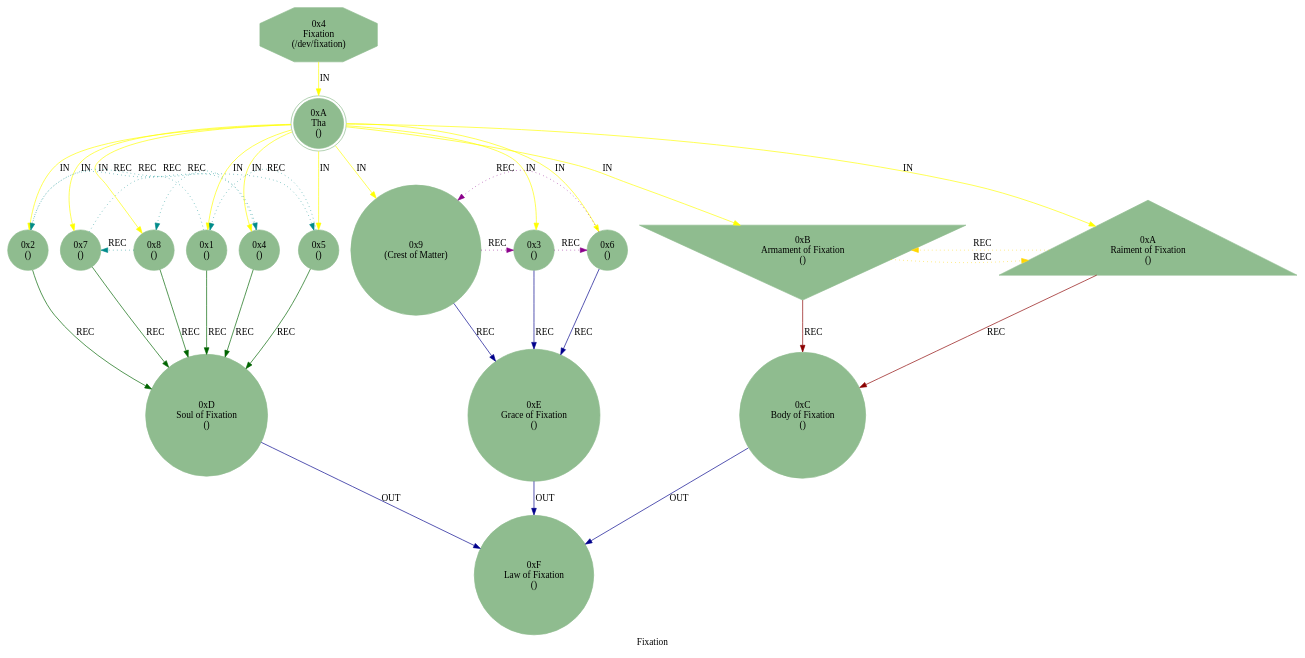
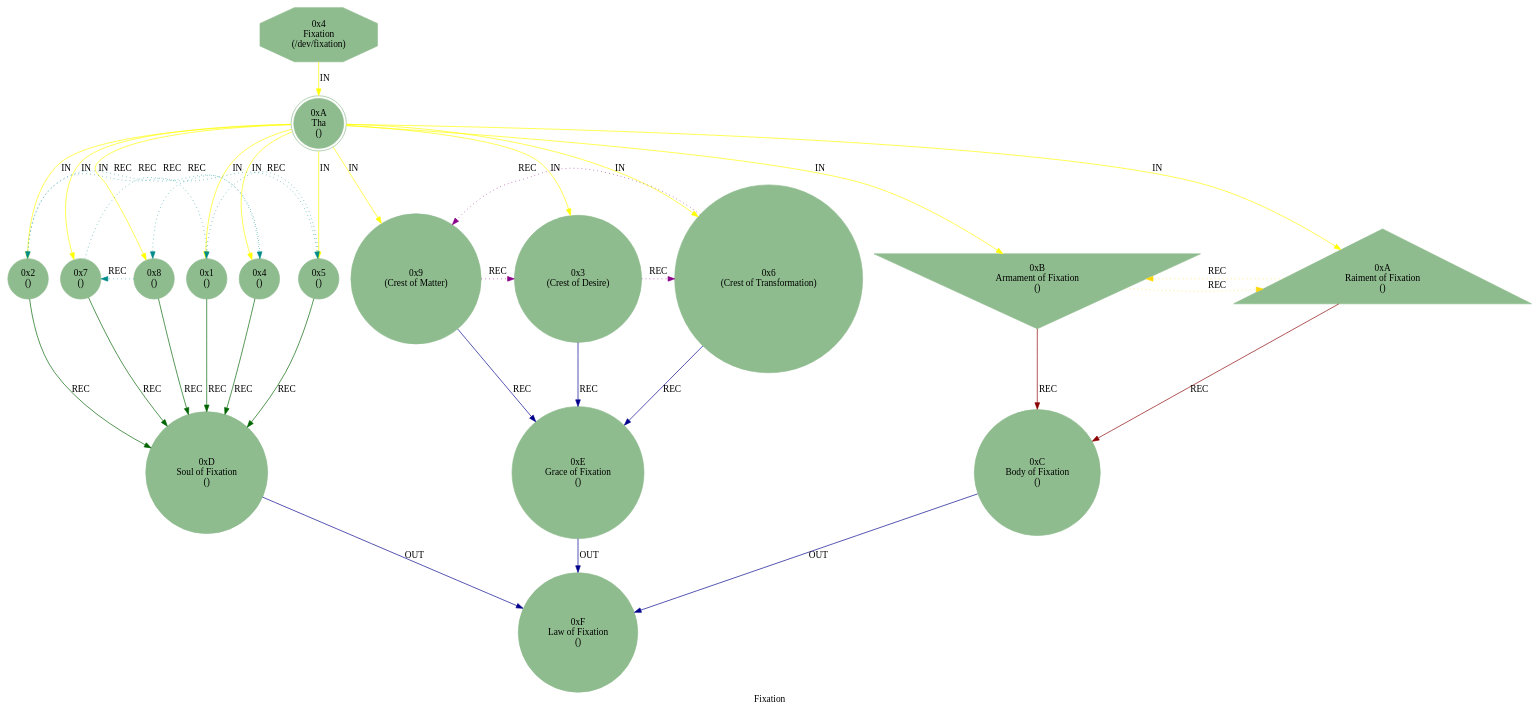
Before and after one commit to cilang/mythos: the diagram in src/core/mythos_dev_fixation.dot, drawn with Graphviz. The commit also changed 4 other files, not shown here.

```diff
--- a/src/core/mythos_dev_fixation.dot
+++ b/src/core/mythos_dev_fixation.dot
@@ -1,40 +1,40 @@
 strict digraph G {
     label = "Fixation";
     style = filled;
     color = blue;
     comment = "";
     node [shape = polygon; sides = 8; style = filled; color = darkseagreen;];
     
     spark_4_mythos_t [label = "0x4\nFixation\n(/dev/fixation)";];
     
     spark_0_fixation_t [label = "0xA\nTha\n()";shape = doublecircle;comment = "";];
     spark_1_fixation_t [label = "0x1\n()";shape = circle;comment = "";];
     spark_2_fixation_t [label = "0x2\n()";shape = circle;comment = "";];
-    spark_3_fixation_t [label = "0x3\n()";shape = circle;comment = "";];
+    spark_3_fixation_t [label = "0x3\n(Crest of Desire)";shape = circle;comment = "";];
     spark_4_fixation_t [label = "0x4\n()";shape = circle;comment = "";];
     spark_5_fixation_t [label = "0x5\n()";shape = circle;comment = "";];
-    spark_6_fixation_t [label = "0x6\n()";shape = circle;comment = "";];
+    spark_6_fixation_t [label = "0x6\n(Crest of Transformation)";shape = circle;comment = "";];
     spark_7_fixation_t [label = "0x7\n()";shape = circle;comment = "";];
     spark_8_fixation_t [label = "0x8\n()";shape = circle;comment = "";];
     spark_9_fixation_t [label = "0x9\n(Crest of Matter)";shape = circle;comment = "";];
     spark_a_fixation_t [label = "0xA\nRaiment of Fixation\n()";shape = triangle;comment = "";];
     spark_b_fixation_t [label = "0xB\nArmament of Fixation\n()";shape = invtriangle;comment = "";];
     spark_c_fixation_t [label = "0xC\nBody of Fixation\n()";shape = circle;comment = "";];
     spark_d_fixation_t [label = "0xD\nSoul of Fixation\n()";shape = circle;comment = "";];
     spark_e_fixation_t [label = "0xE\nGrace of Fixation\n()";shape = circle;comment = "";];
     spark_f_fixation_t [label = "0xF\nLaw of Fixation\n()";shape = circle;comment = "";];
     // IN = Input
     // OUT = Output
     // REC = Recursion
     spark_4_mythos_t -> spark_0_fixation_t -> {spark_a_fixation_t spark_b_fixation_t spark_1_fixation_t spark_2_fixation_t spark_3_fixation_t spark_4_fixation_t spark_5_fixation_t spark_6_fixation_t spark_7_fixation_t spark_8_fixation_t spark_9_fixation_t} [label = "IN"; color = yellow; comment = "";];
     
     {spark_a_fixation_t spark_b_fixation_t} -> spark_c_fixation_t [label = "REC"; color = darkred; comment = "";];
     {spark_1_fixation_t spark_2_fixation_t spark_4_fixation_t spark_8_fixation_t spark_7_fixation_t spark_5_fixation_t} -> spark_d_fixation_t [label = "REC"; color = darkgreen; comment = "";];
     {spark_3_fixation_t spark_6_fixation_t spark_9_fixation_t} -> spark_e_fixation_t [label = "REC"; color = darkblue; comment = "";];
     
     spark_1_fixation_t -> spark_2_fixation_t -> spark_4_fixation_t -> spark_8_fixation_t -> spark_7_fixation_t -> spark_5_fixation_t -> spark_1_fixation_t [label = "REC"; color = darkcyan; comment = ""; style = dotted; constraint = false;];
     spark_3_fixation_t -> spark_6_fixation_t -> spark_9_fixation_t -> spark_3_fixation_t [label = "REC"; color = darkmagenta; comment = ""; style = dotted; constraint = false;];
     spark_a_fixation_t -> spark_b_fixation_t -> spark_a_fixation_t [label = "REC"; color = gold; comment = ""; style = dotted; constraint = false;];
     
     {spark_c_fixation_t spark_d_fixation_t spark_e_fixation_t} -> spark_f_fixation_t [label = "OUT"; color = darkblue; comment = "";];
 }
```
